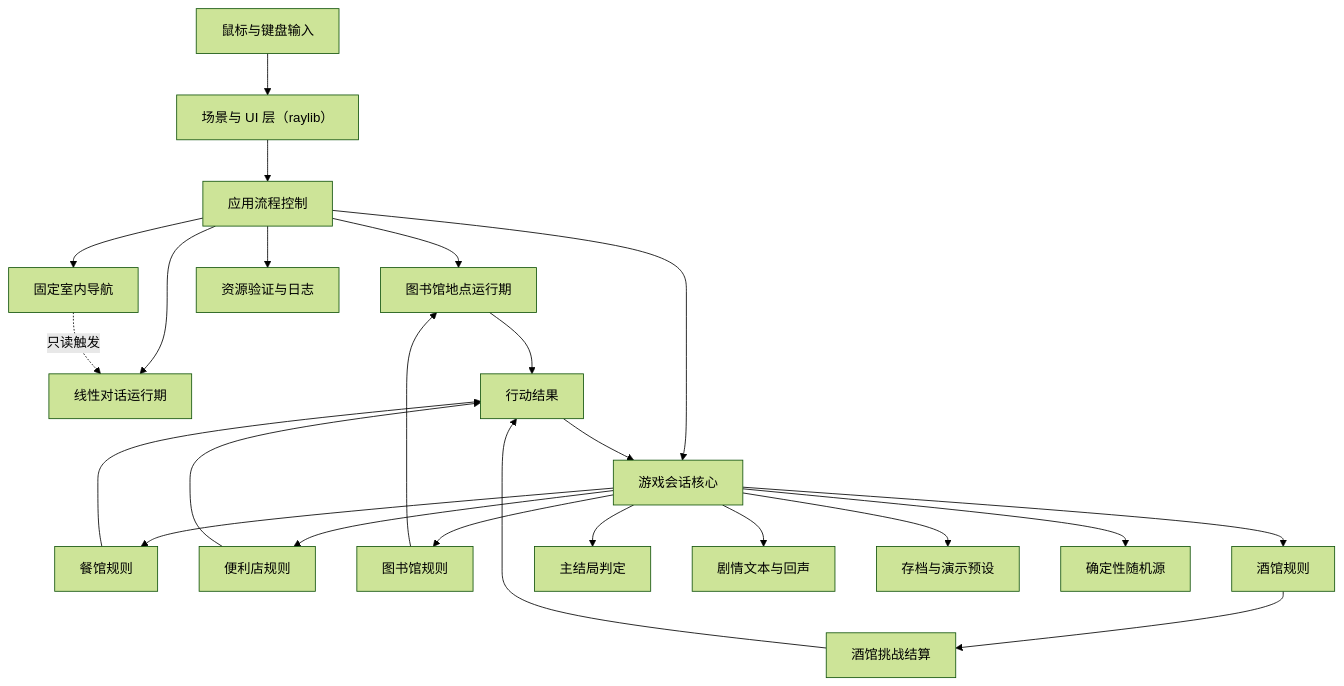
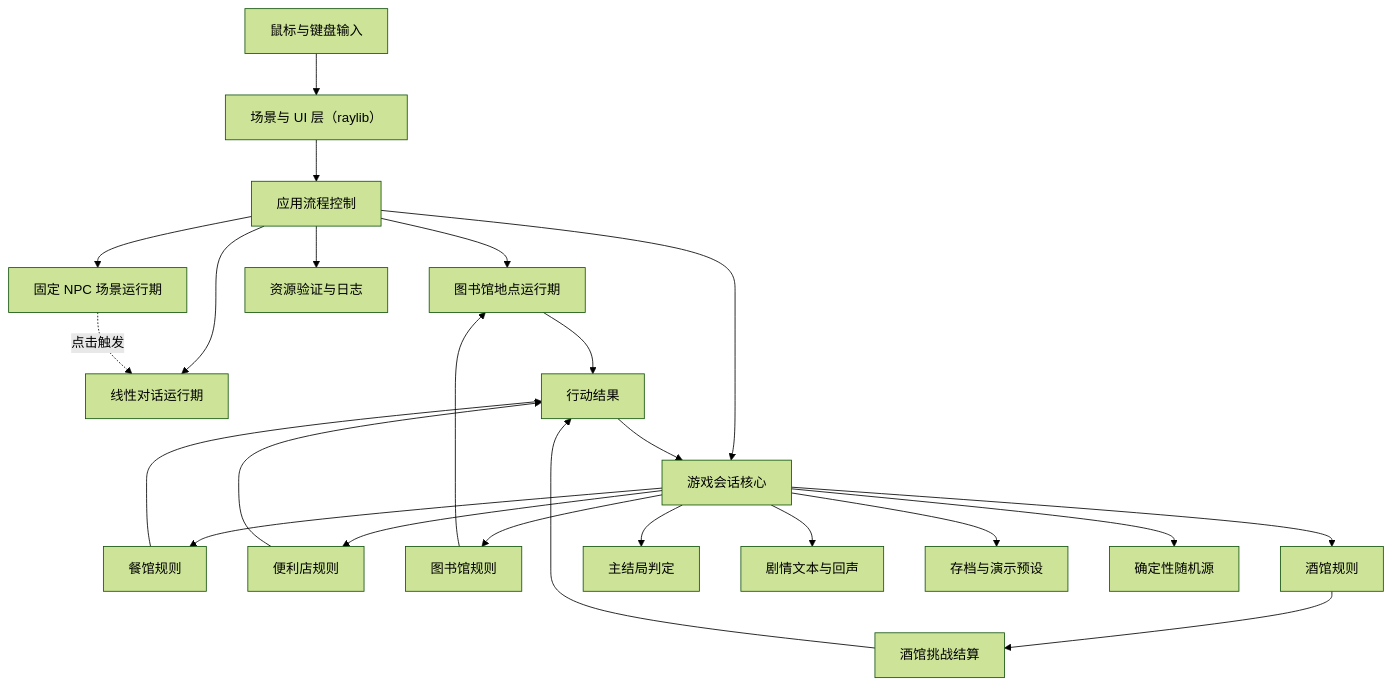
One commit to ljm-hsw/-666 changed the first of 3 diagrams in docs/DESIGN.md. Above: the diagram before and after it, drawn with Mermaid (forest theme). The commit also changed other lines of this file and 40 other files, not shown here.

Commit message:
Replace indoor navigation with fixed NPC interactions

````diff
--- a/docs/DESIGN.md
+++ b/docs/DESIGN.md
@@ -17,26 +17,26 @@
 ```mermaid
 flowchart TB
     Input["鼠标与键盘输入"] --> Scenes["场景与 UI 层（raylib）"]
     Scenes --> App["应用流程控制"]
     App --> LibraryRuntime["图书馆地点运行期"]
-    App --> Navigation["固定室内导航"]
+    App --> FixedNpc["固定 NPC 场景运行期"]
     App --> Dialogue["线性对话运行期"]
     App --> Core["游戏会话核心"]
     Core --> Restaurant["餐馆规则"]
     Core --> Store["便利店规则"]
     Core --> Library["图书馆规则"]
     Core --> Tavern["酒馆规则"]
     Core --> Ending["主结局判定"]
     Core --> Story["剧情文本与回声"]
     Core --> Save["存档与演示预设"]
     Core --> Random["确定性随机源"]
     App --> Resources["资源验证与日志"]
     Restaurant --> Result["行动结果"]
     Store --> Result
     Library --> LibraryRuntime
     LibraryRuntime --> Result
     Tavern --> TavernSettlement["酒馆挑战结算"]
     TavernSettlement --> Result
     Result --> Core
-    Navigation -.->|只读触发| Dialogue
+    FixedNpc -.->|点击触发| Dialogue
 ```
````
